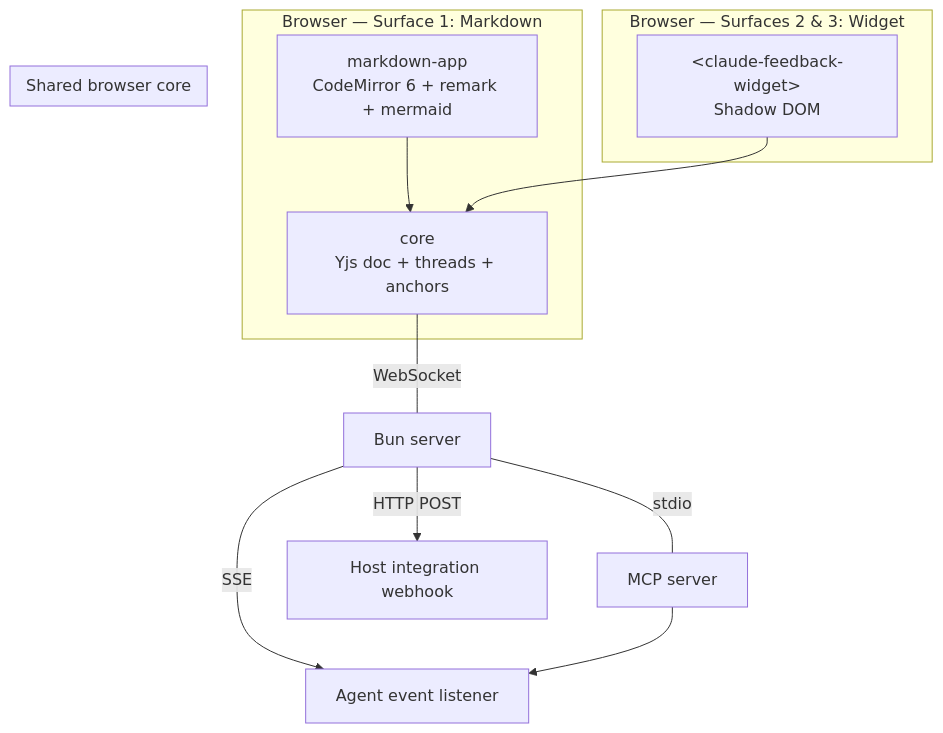
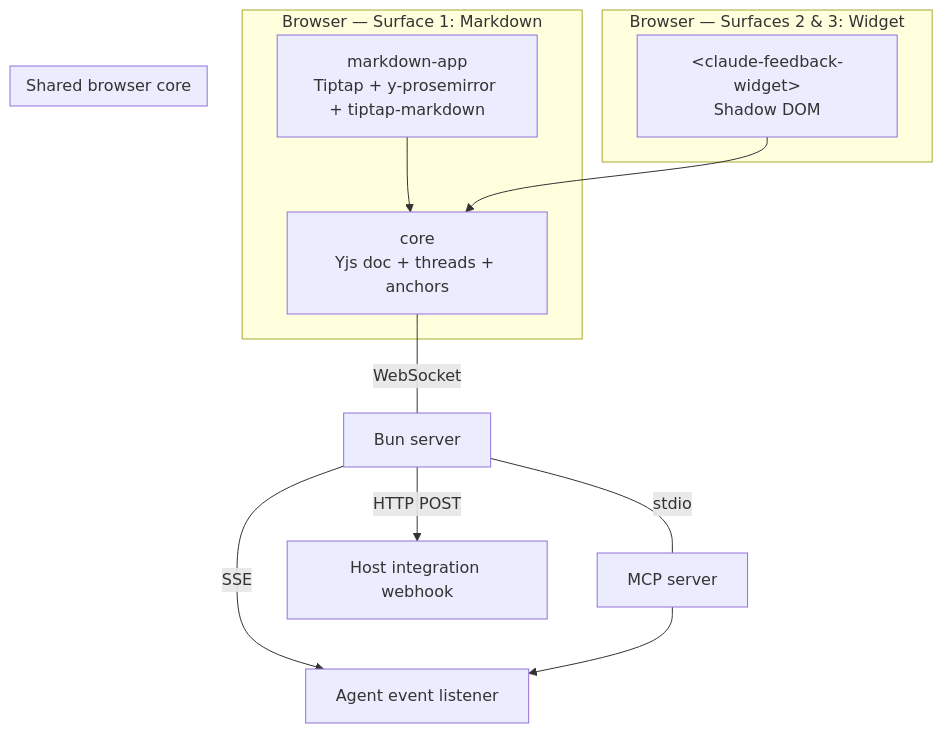
The third of 3 diagrams in docs/superpowers/specs/2026-04-17-live-feedback-design.md (fryanpan/claude-live-feedback-plugin), drawn with Mermaid before and after one commit. The commit also changed other lines of this file and 14 other files, not shown here.

````diff
--- a/docs/superpowers/specs/2026-04-17-live-feedback-design.md
+++ b/docs/superpowers/specs/2026-04-17-live-feedback-design.md
@@ -85,23 +88,23 @@
 ```mermaid
 graph TB
     subgraph "Browser — Surface 1: Markdown"
-        MA[markdown-app<br/>CodeMirror 6 + remark + mermaid]
+        MA[markdown-app<br/>Tiptap + y-prosemirror + tiptap-markdown]
         MA --> CORE
     end
 
     subgraph "Browser — Surfaces 2 & 3: Widget"
         WG["&lt;claude-feedback-widget&gt;<br/>Shadow DOM"]
         WG --> CORE
     end
 
     subgraph "Shared browser core"
         CORE[core<br/>Yjs doc + threads + anchors]
     end
 
     CORE ---|WebSocket| SRV
     SRV[Bun server]
     SRV ---|stdio| MCP[MCP server]
     SRV -->|HTTP POST| HOST[Host integration webhook]
     SRV -->|SSE| AGENT[Agent event listener]
     MCP --> AGENT
 ```
````
